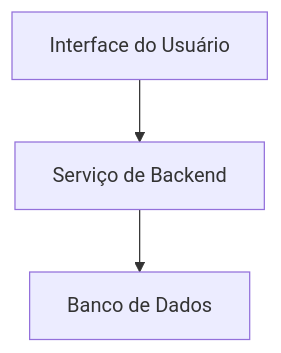
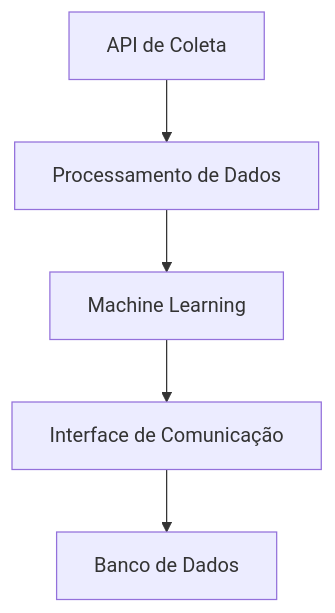
One commit to moroni-silva/moroni-teste changed the diagram in docs/03_fluxo.md. Above: the diagram before and after it, drawn with Mermaid. The commit also changed other lines of this file, not shown here.

````diff
--- a/docs/03_fluxo.md
+++ b/docs/03_fluxo.md
@@ -24,5 +27,7 @@
 ```mermaid
-graph TB
-    UI[Interface do Usuário] --> API[Serviço de Backend]
-    API --> DB[Banco de Dados]
+graph TD
+    A[API de Coleta] --> B[Processamento de Dados]
+    B --> C[Machine Learning]
+    C --> D[Interface de Comunicação]
+    D --> E[Banco de Dados]
 ```
````
